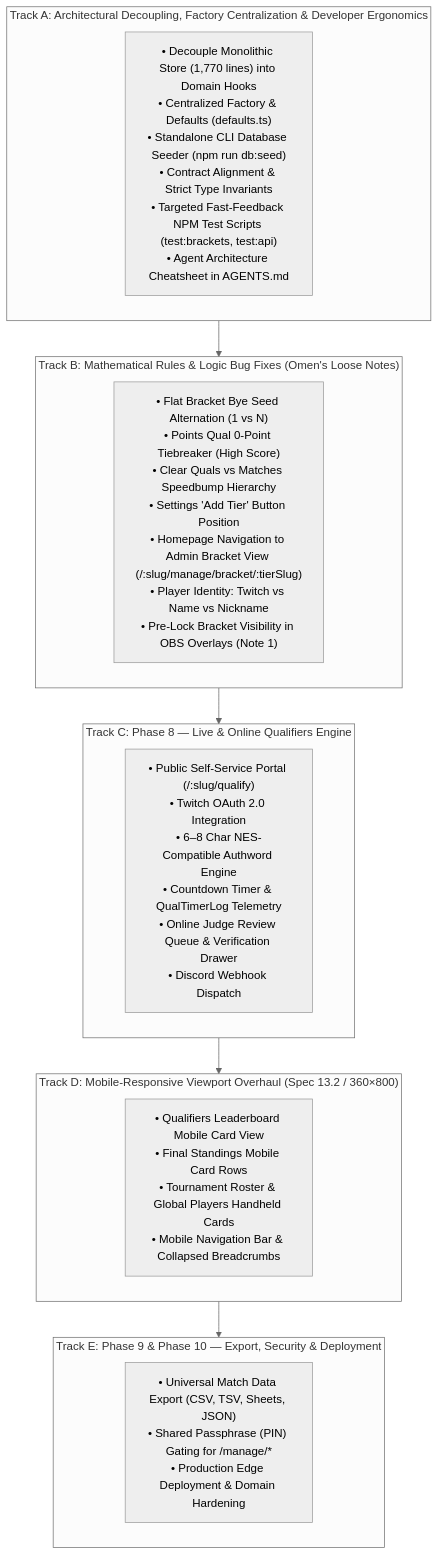
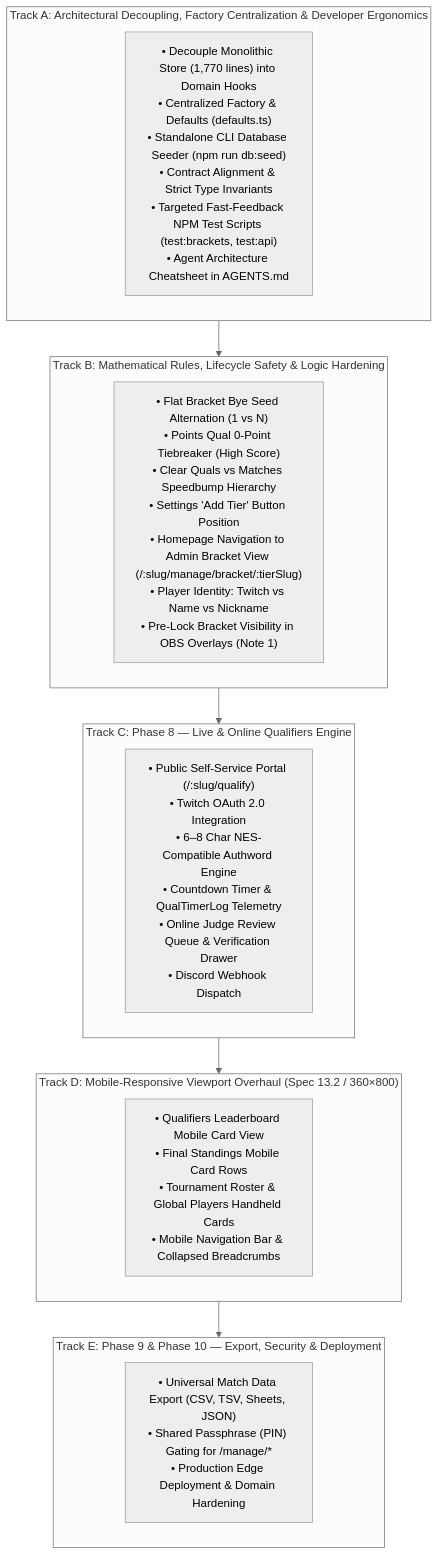
Before and after one commit to jgrondski/tournament-manager: the diagram in docs/implementation_plan.md, drawn with Mermaid (neutral theme). The commit also changed other lines of this file and 1 other file, not shown here.

Commit message:
docs: update Track B implementation plan details and generalize tournament creation regression test names

````diff
--- a/docs/implementation_plan.md
+++ b/docs/implementation_plan.md
@@ -106,24 +106,24 @@
 ```mermaid
 flowchart TD
     subgraph TrackA["Track A: Architectural Decoupling, Factory Centralization & Developer Ergonomics"]
         A1["• Decouple Monolithic Store (1,770 lines) into Domain Hooks<br>• Centralized Factory & Defaults (defaults.ts)<br>• Standalone CLI Database Seeder (npm run db:seed)<br>• Contract Alignment & Strict Type Invariants<br>• Targeted Fast-Feedback NPM Test Scripts (test:brackets, test:api)<br>• Agent Architecture Cheatsheet in AGENTS.md"]
     end
 
-    subgraph TrackB["Track B: Mathematical Rules & Logic Bug Fixes (Omen's Loose Notes)"]
+    subgraph TrackB["Track B: Mathematical Rules, Lifecycle Safety & Logic Hardening"]
         B1["• Flat Bracket Bye Seed Alternation (1 vs N)<br>• Points Qual 0-Point Tiebreaker (High Score)<br>• Clear Quals vs Matches Speedbump Hierarchy<br>• Settings 'Add Tier' Button Position<br>• Homepage Navigation to Admin Bracket View (/:slug/manage/bracket/:tierSlug)<br>• Player Identity: Twitch vs Name vs Nickname<br>• Pre-Lock Bracket Visibility in OBS Overlays (Note 1)"]
     end
 
     subgraph TrackC["Track C: Phase 8 — Live & Online Qualifiers Engine"]
         C1["• Public Self-Service Portal (/:slug/qualify)<br>• Twitch OAuth 2.0 Integration<br>• 6–8 Char NES-Compatible Authword Engine<br>• Countdown Timer & QualTimerLog Telemetry<br>• Online Judge Review Queue & Verification Drawer<br>• Discord Webhook Dispatch"]
     end
 
     subgraph TrackD["Track D: Mobile-Responsive Viewport Overhaul (Spec 13.2 / 360×800)"]
         D1["• Qualifiers Leaderboard Mobile Card View<br>• Final Standings Mobile Card Rows<br>• Tournament Roster & Global Players Handheld Cards<br>• Mobile Navigation Bar & Collapsed Breadcrumbs"]
     end
 
     subgraph TrackE["Track E: Phase 9 & Phase 10 — Export, Security & Deployment"]
         E1["• Universal Match Data Export (CSV, TSV, Sheets, JSON)<br>• Shared Passphrase (PIN) Gating for /manage/*<br>• Production Edge Deployment & Domain Hardening"]
     end
 
     TrackA --> TrackB --> TrackC --> TrackD --> TrackE
 ```
````
